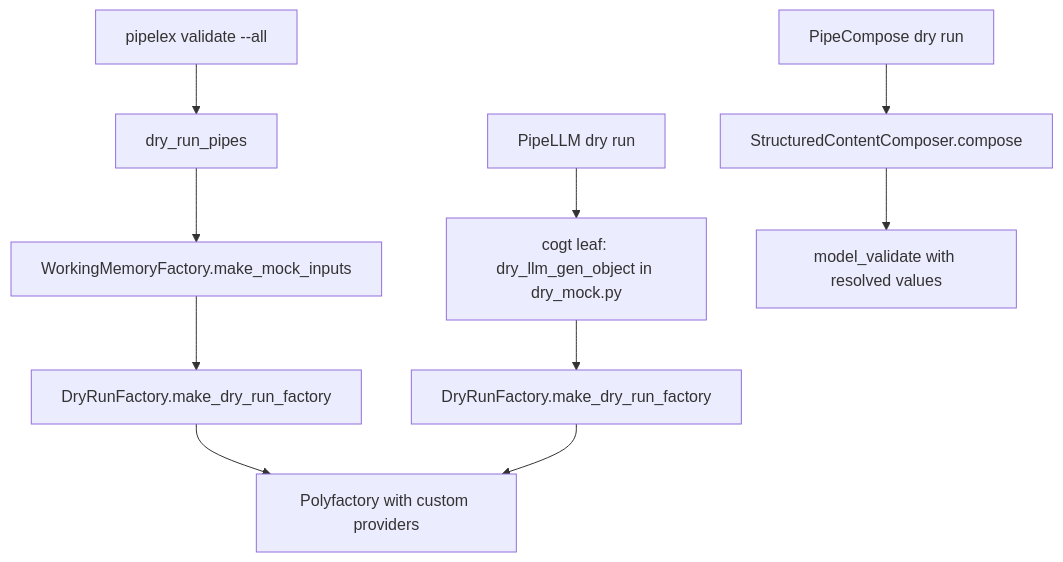
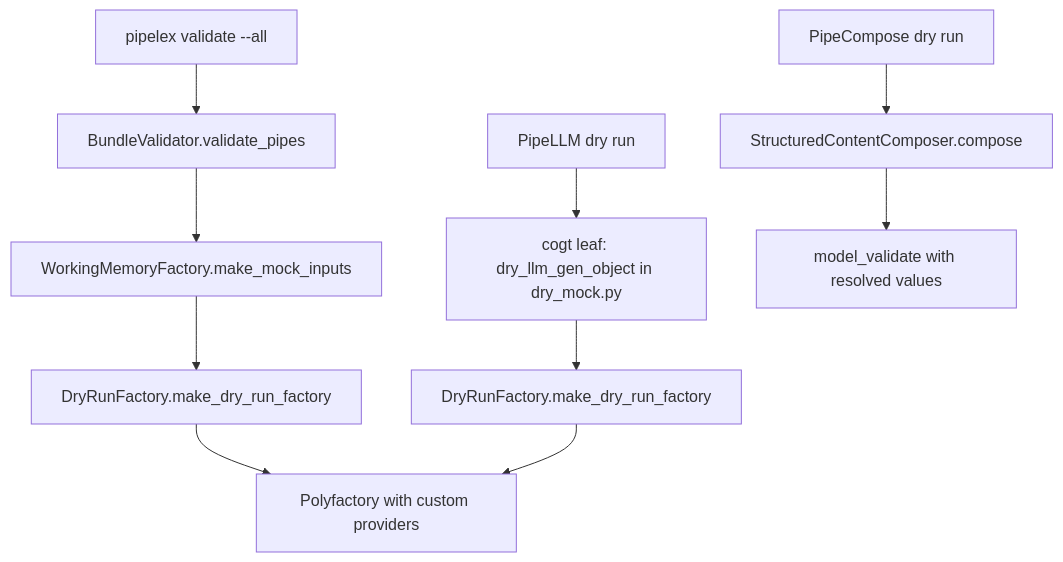
The diagram in docs/under-the-hood/dry-run-mock-generation.md (Pipelex/pipelex), drawn with Mermaid before and after one commit. The commit also changed other lines of this file and 15 other files, not shown here.

````diff
--- a/docs/under-the-hood/dry-run-mock-generation.md
+++ b/docs/under-the-hood/dry-run-mock-generation.md
@@ -34,14 +34,14 @@
 ```mermaid
 flowchart TD
-    A[pipelex validate --all] --> B[dry_run_pipes]
+    A[pipelex validate --all] --> B[BundleValidator.validate_pipes]
     B --> C[WorkingMemoryFactory.make_mock_inputs]
     C --> D[DryRunFactory.make_dry_run_factory]
     D --> E[Polyfactory with custom providers]
 
     F[PipeLLM dry run] --> G[cogt leaf: dry_llm_gen_object in dry_mock.py]
     G --> H[DryRunFactory.make_dry_run_factory]
     H --> E
 
     I[PipeCompose dry run] --> J[StructuredContentComposer.compose]
     J --> K[model_validate with resolved values]
 ```
````
